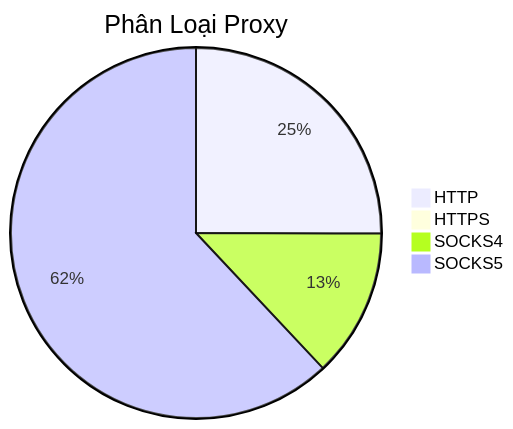
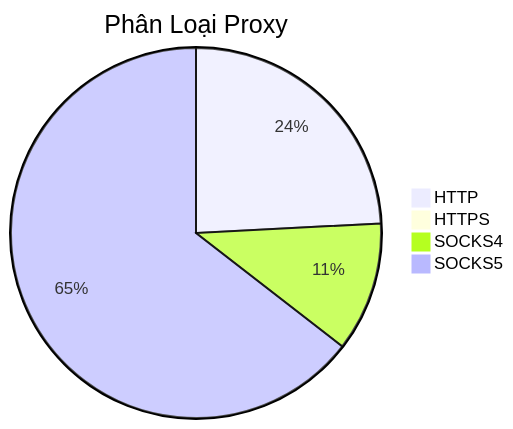
The diagram in README.md (Ciara-12/PROXY-free), drawn with Mermaid before and after one commit. The commit also changed other lines of this file and 4 other files, not shown here.

````diff
--- a/README.md
+++ b/README.md
@@ -26,7 +26,7 @@
 ```mermaid
 pie title Phân Loại Proxy
-    "HTTP" : 472
-    "HTTPS" : 1
-    "SOCKS4" : 244
-    "SOCKS5" : 1168
+    "HTTP" : 607
+    "HTTPS" : 0
+    "SOCKS4" : 284
+    "SOCKS5" : 1619
 ```
````
